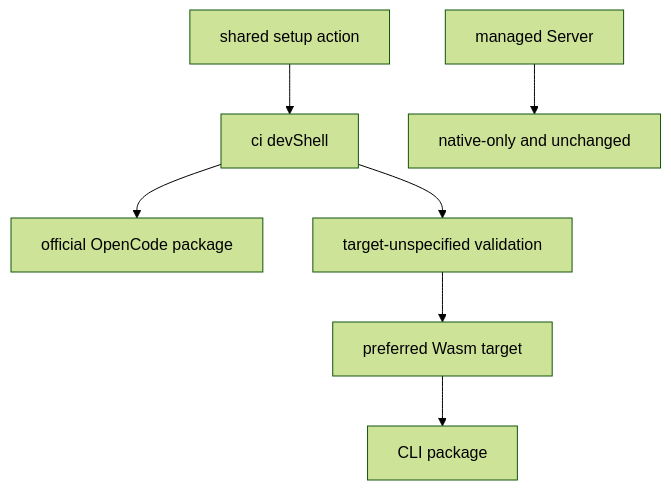
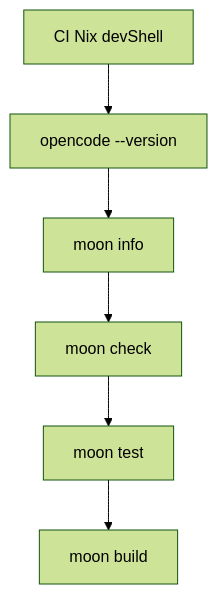
One commit to totto2727-org/opencode-sdk changed the second of 2 diagrams in README.mbt.md. Above: the diagram before and after it, drawn with Mermaid (forest theme). The commit also changed other lines of this file, not shown here.

````diff
--- a/README.mbt.md
+++ b/README.mbt.md
@@ -85,9 +153,8 @@
 ```mermaid
 flowchart TD
-  A[shared setup action] --> B[ci devShell]
-  B --> C[official OpenCode package]
-  B --> D[target-unspecified validation]
-  D --> E[preferred Wasm target]
-  E --> F[CLI package]
-  G[managed Server] --> H[native-only and unchanged]
+  Shell[CI Nix devShell] --> OpenCode[opencode --version]
+  OpenCode --> Metadata[moon info]
+  Metadata --> Check[moon check]
+  Check --> Test[moon test]
+  Test --> Build[moon build]
 ```
````
